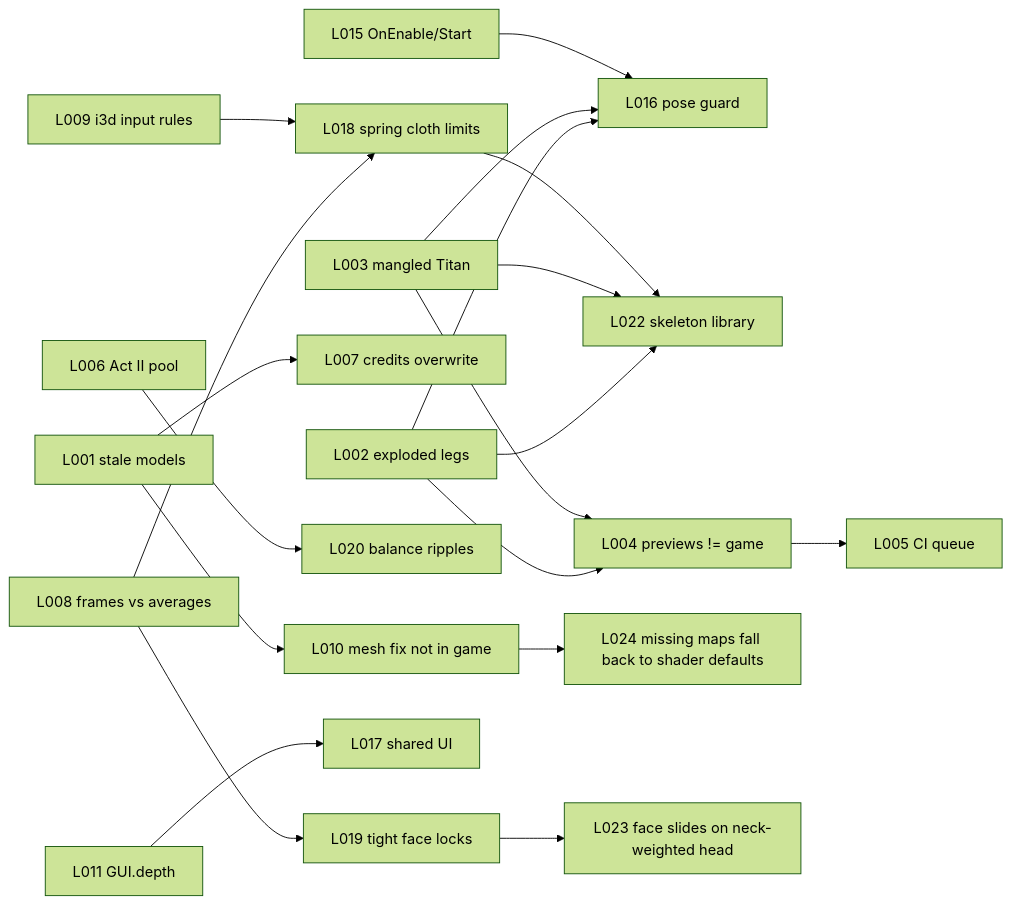
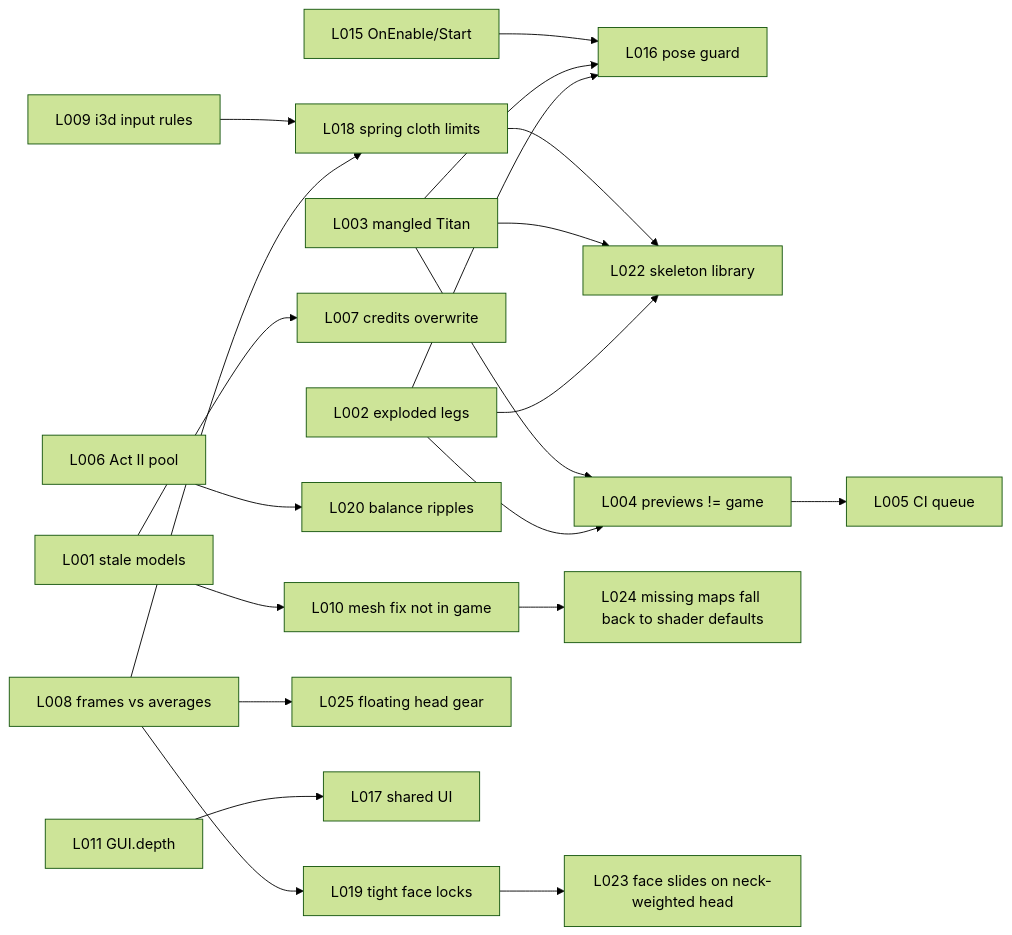
Before and after one commit to eqtitan/SigilBound: the diagram in docs/sigilbound/brain/MAP.md, drawn with Mermaid (forest theme). The commit also changed other lines of this file and 9 other files, not shown here.

````diff
--- a/docs/sigilbound/brain/MAP.md
+++ b/docs/sigilbound/brain/MAP.md
@@ -28,21 +28,22 @@
 ```mermaid
 graph LR
   L002[L002 exploded legs] --> L016[L016 pose guard]
   L003[L003 mangled Titan] --> L016
   L002 --> L022[L022 skeleton library]
   L003 --> L022
   L018[L018 spring cloth limits] --> L022
   L004[L004 previews != game] --> L005[L005 CI queue]
   L002 --> L004
   L003 --> L004
   L001[L001 stale models] --> L007[L007 credits overwrite]
   L001 --> L010[L010 mesh fix not in game]
   L010 --> L024[L024 missing maps fall back to shader defaults]
   L006[L006 Act II pool] --> L020[L020 balance ripples]
   L008[L008 frames vs averages] --> L019[L019 tight face locks]
   L008 --> L018
+  L008 --> L025[L025 floating head gear]
   L019 --> L023[L023 face slides on neck-weighted head]
   L009[L009 i3d input rules] --> L018
   L011[L011 GUI.depth] --> L017[L017 shared UI]
   L015[L015 OnEnable/Start] --> L016
 ```
````
